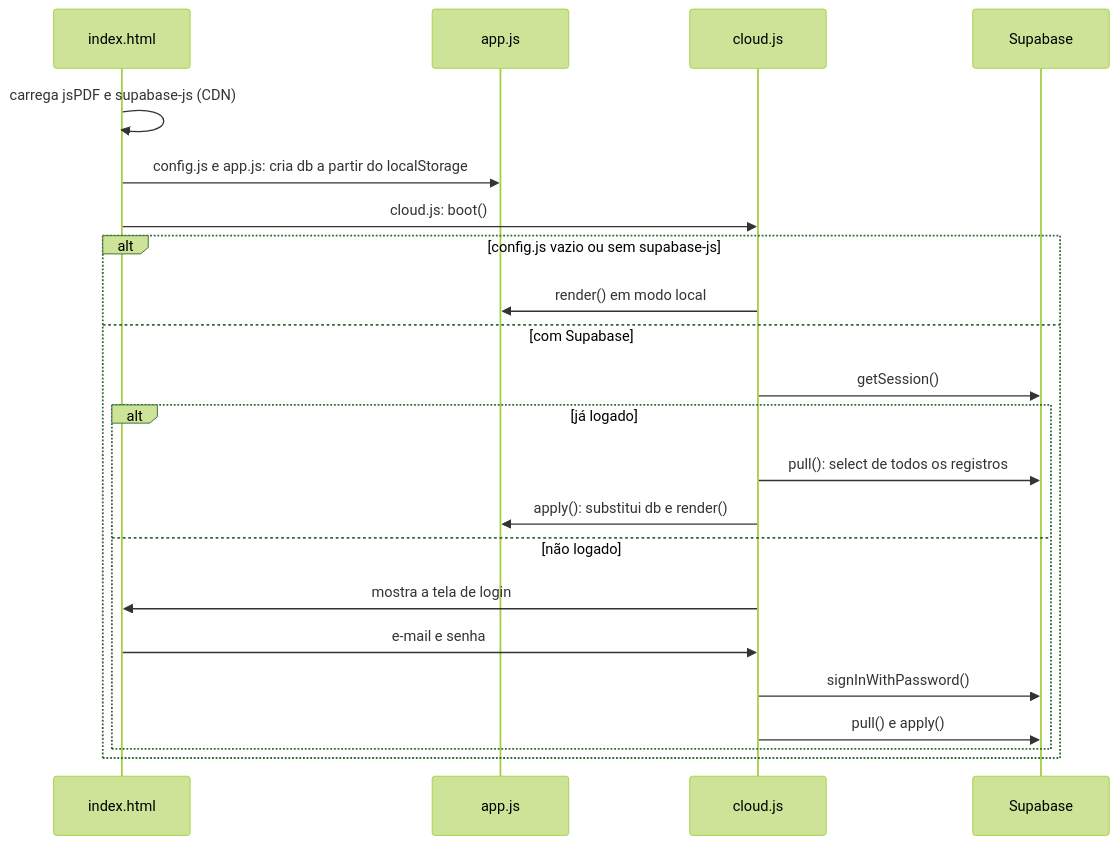
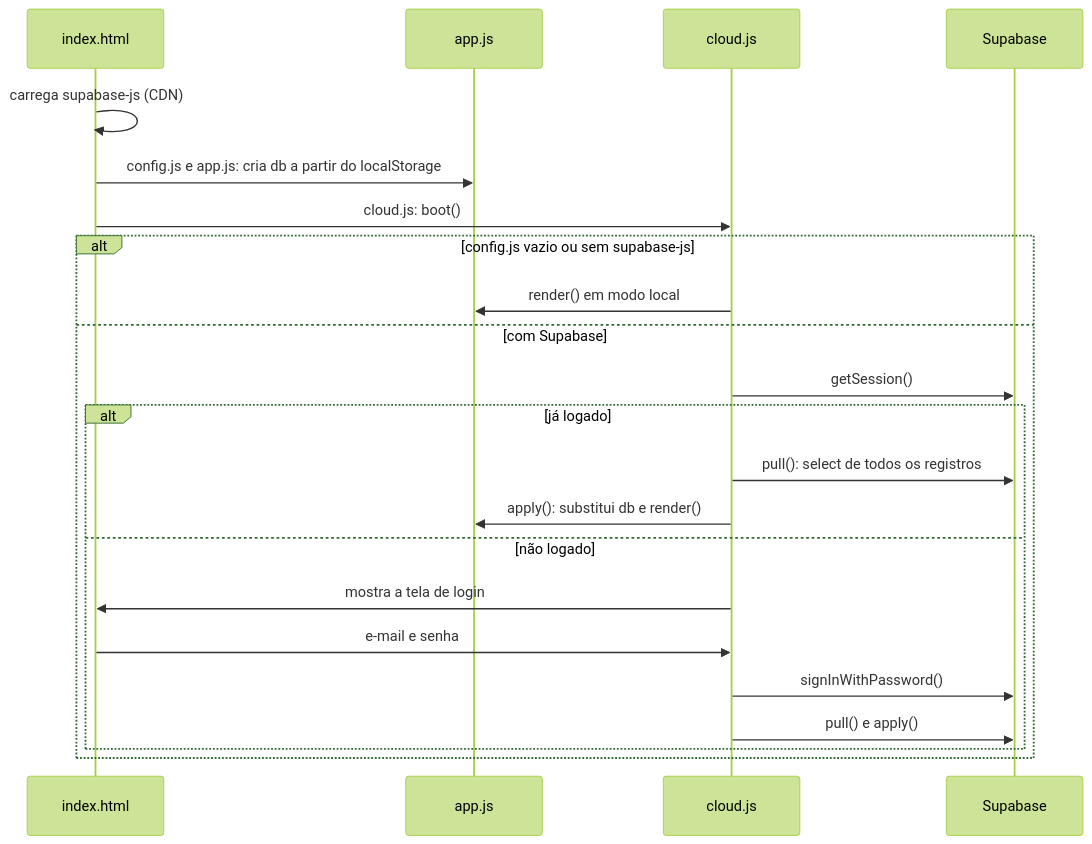
The second of 4 diagrams in README.md (nlucasjr/oficina-app), drawn with Mermaid (forest theme) before and after one commit. The commit also changed other lines of this file and 9 other files, not shown here.

````diff
--- a/README.md
+++ b/README.md
@@ -107,25 +118,25 @@
 ```mermaid
 sequenceDiagram
   participant P as index.html
   participant A as app.js
   participant C as cloud.js
   participant S as Supabase
 
-  P->>P: carrega jsPDF e supabase-js (CDN)
+  P->>P: carrega supabase-js (CDN)
   P->>A: config.js e app.js: cria db a partir do localStorage
   P->>C: cloud.js: boot()
   alt config.js vazio ou sem supabase-js
     C->>A: render() em modo local
   else com Supabase
     C->>S: getSession()
     alt já logado
       C->>S: pull(): select de todos os registros
       C->>A: apply(): substitui db e render()
     else não logado
       C->>P: mostra a tela de login
       P->>C: e-mail e senha
       C->>S: signInWithPassword()
       C->>S: pull() e apply()
     end
   end
 ```
````
